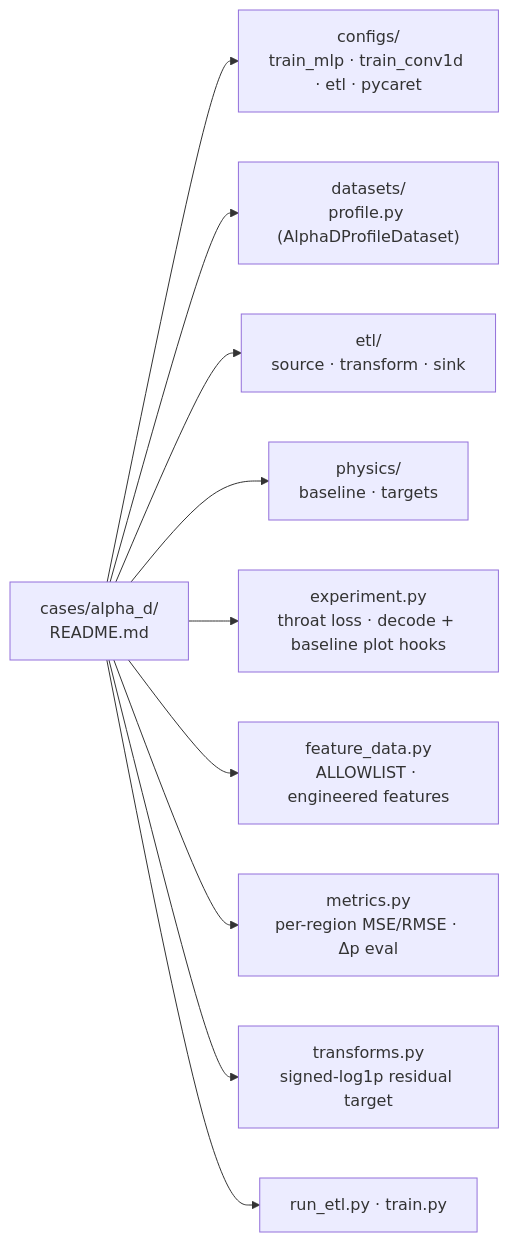
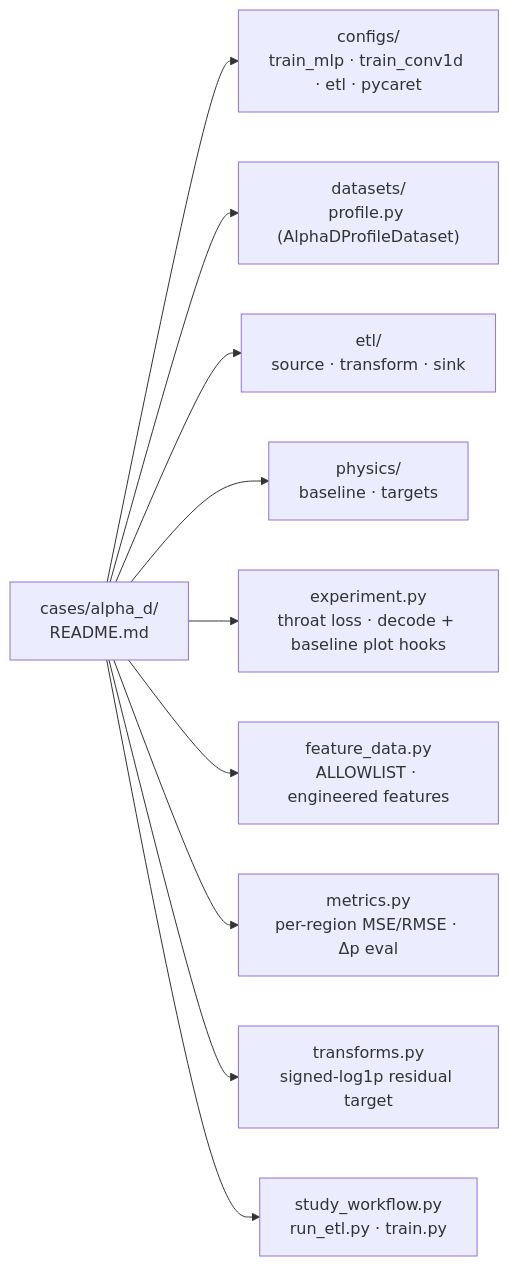
Before and after one commit to MengnanLi91/TH_HOLO_workflow: the diagram in docs/cases/alpha_d.md, drawn with Mermaid. The commit also changed other lines of this file and 8 other files, not shown here.

````diff
--- a/docs/cases/alpha_d.md
+++ b/docs/cases/alpha_d.md
@@ -15,12 +16,12 @@
 ```{mermaid}
 flowchart LR
     R["cases/alpha_d/<br/>README.md"] --> Cfg["configs/<br/>train_mlp · train_conv1d · etl · pycaret"]
     R --> DS["datasets/<br/>profile.py (AlphaDProfileDataset)"]
     R --> ETL["etl/<br/>source · transform · sink"]
     R --> Phys["physics/<br/>baseline · targets"]
     R --> Exp["experiment.py<br/>throat loss · decode + baseline plot hooks"]
     R --> FD["feature_data.py<br/>ALLOWLIST · engineered features"]
     R --> Met["metrics.py<br/>per-region MSE/RMSE · Δp eval"]
     R --> Tr["transforms.py<br/>signed-log1p residual target"]
-    R --> Run["run_etl.py · train.py"]
+    R --> Run["study_workflow.py<br/>run_etl.py · train.py"]
 ```
````
